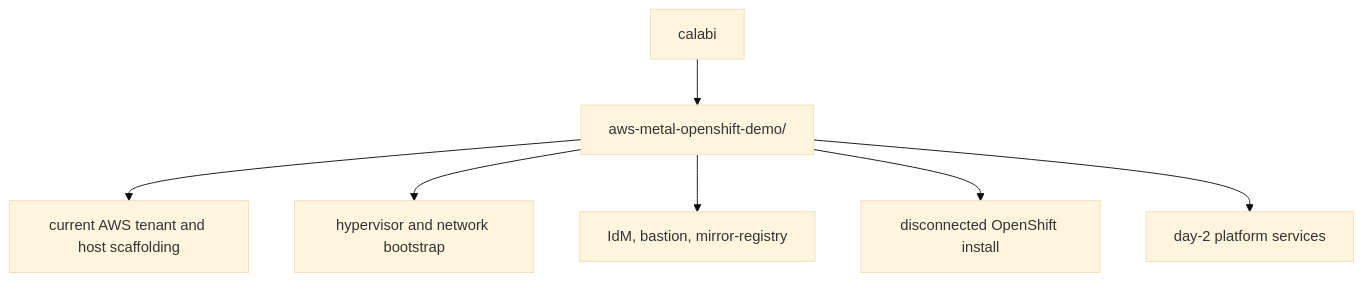
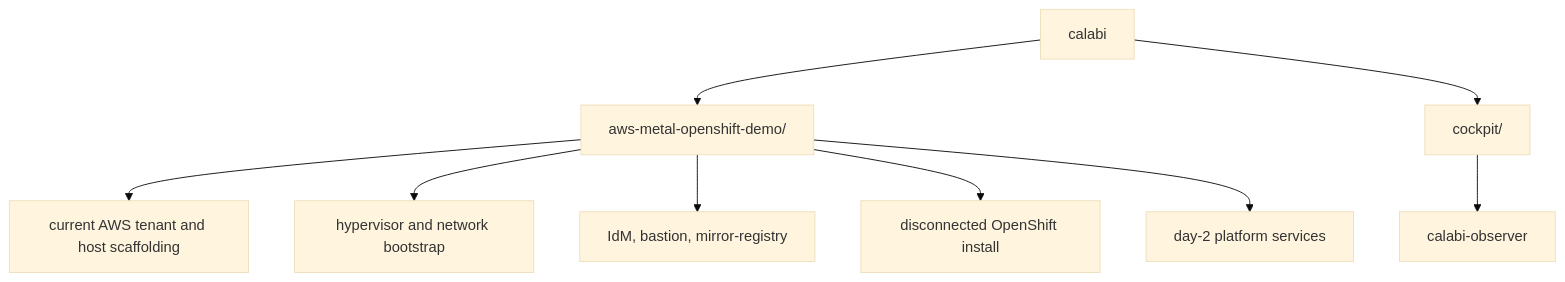
One commit to gprocunier/calabi changed the diagram in README.md. Above: the diagram before and after it, drawn with Mermaid (base theme). The commit also changed other lines of this file and 2 other files, not shown here.

First line of the commit message:
Add observer documentation and update root README

````diff
--- a/README.md
+++ b/README.md
@@ -79,10 +79,12 @@
 ```mermaid
 flowchart TD
     root[calabi]
     root --> demo[aws-metal-openshift-demo/]
+    root --> cockpit[cockpit/]
     demo --> aws[current AWS tenant and host scaffolding]
     demo --> host[hypervisor and network bootstrap]
     demo --> support[IdM, bastion, mirror-registry]
     demo --> ocp[disconnected OpenShift install]
     demo --> day2[day-2 platform services]
+    cockpit --> observer[calabi-observer]
 ```
````
